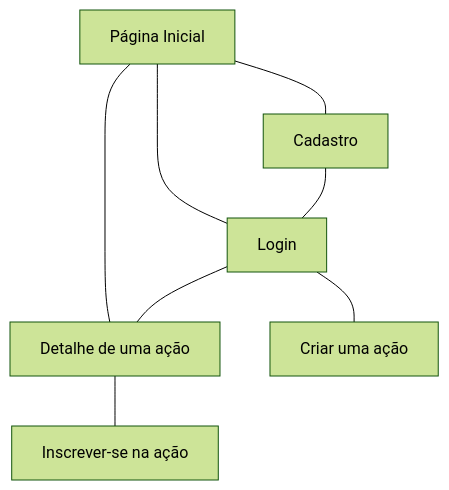
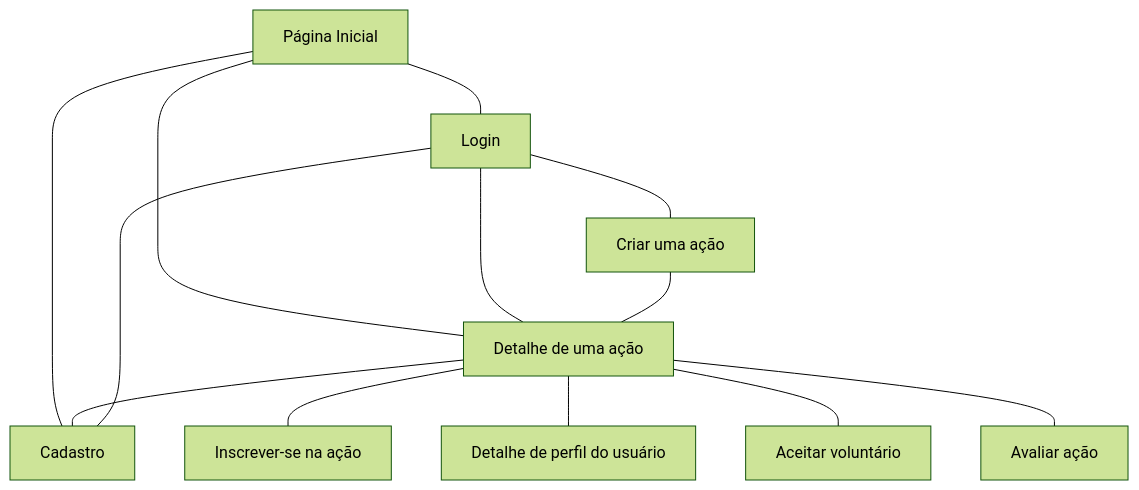
One commit to tads-cnat/qajuda changed the diagram in doc/mapa-site/mapa-site.md. Above: the diagram before and after it, drawn with Mermaid (forest theme).

Commit message:
Update mapa de site

````diff
--- a/doc/mapa-site/mapa-site.md
+++ b/doc/mapa-site/mapa-site.md
@@ -5,10 +5,15 @@
 ```mermaid
 flowchart TD
     A[Página Inicial] --- B[Login]
     A[Página Inicial] --- C[Cadastro]
     C[Cadastro] --- B[Login]
+    D --- C[Cadastro]
     A --- D[Detalhe de uma ação]
     B --- D[Detalhe de uma ação]
+    E --- D[Detalhe de uma ação]
     B --- E[Criar uma ação]
     D --- F[Inscrever-se na ação]
+    D --- G[Detalhe de perfil do usuário]
+    D --- H[Aceitar voluntário]
+    D --- I[Avaliar ação]
 ```
````
